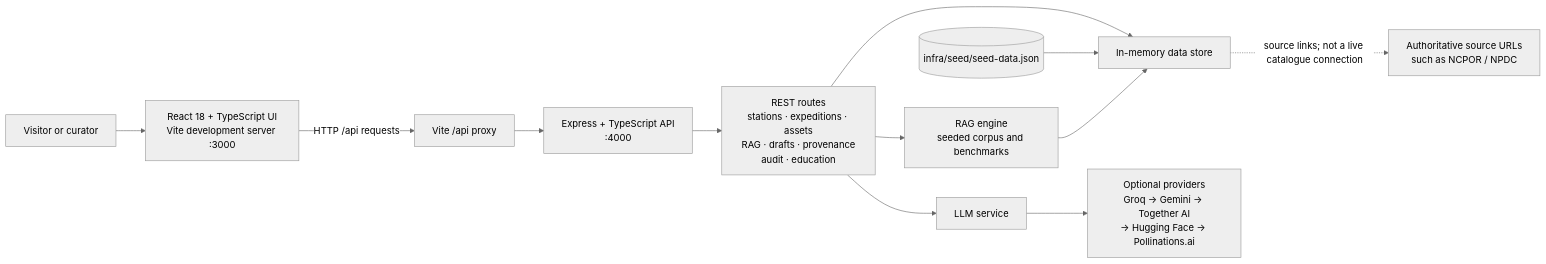
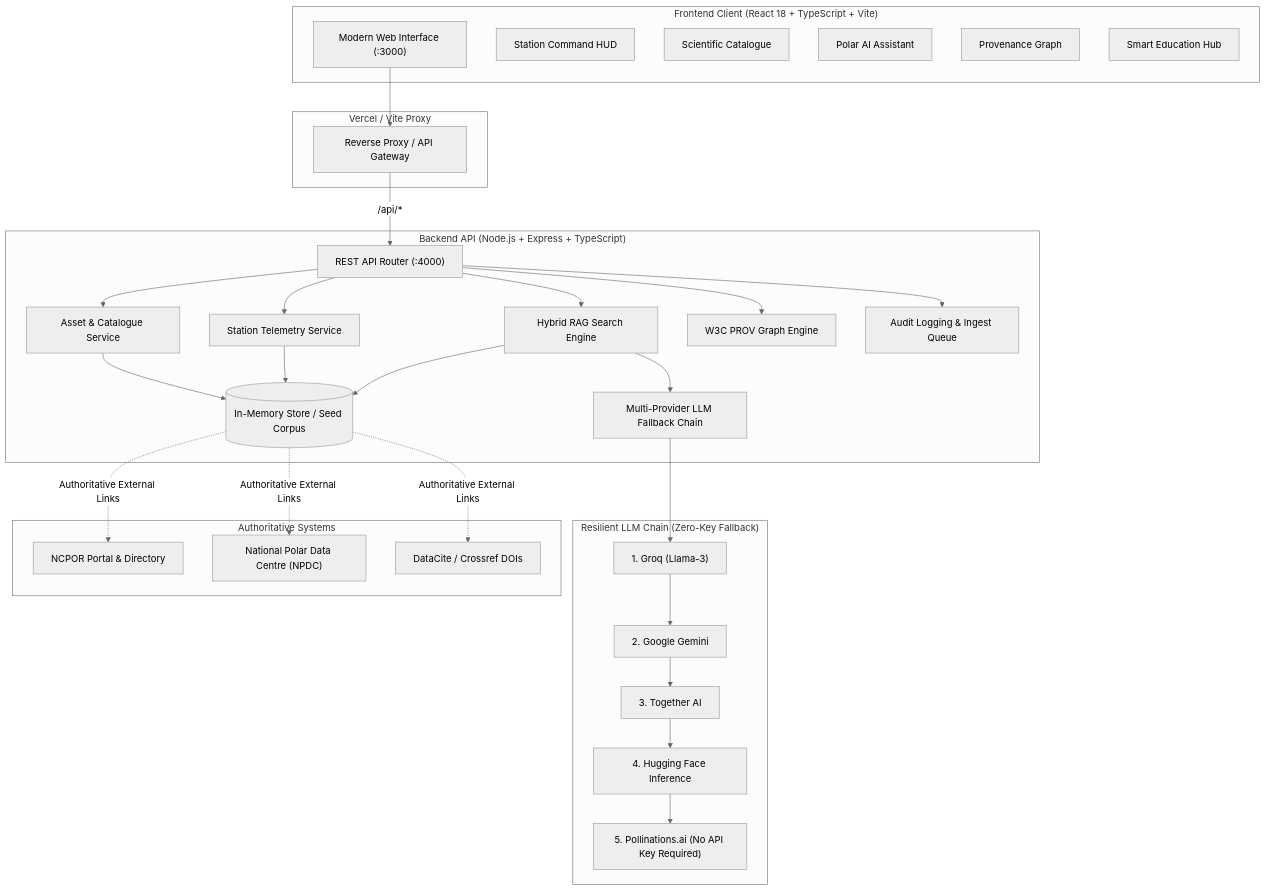
Before and after one commit to TruCoded/sih_ps_63: the diagram in README.md, drawn with Mermaid (neutral theme). The commit also changed other lines of this file and 1 other file, not shown here.

Commit message:
docs: enrich README with architecture, feature matrix, API reference, and deployment guide

````diff
--- a/README.md
+++ b/README.md
@@ -19,26 +42,50 @@
 ```mermaid
-flowchart LR
-    Visitor["Visitor or curator"]
-    Browser["React 18 + TypeScript UI<br/>Vite development server :3000"]
-    Proxy["Vite /api proxy"]
-    API["Express + TypeScript API<br/>:4000"]
-    Routes["REST routes<br/>stations · expeditions · assets<br/>RAG · drafts · provenance<br/>audit · education"]
-    Store["In-memory data store"]
-    Seed[("infra/seed/seed-data.json")]
-    RAG["RAG engine<br/>seeded corpus and benchmarks"]
-    LLM["LLM service"]
-    Providers["Optional providers<br/>Groq → Gemini → Together AI<br/>→ Hugging Face → Pollinations.ai"]
-    Sources["Authoritative source URLs<br/>such as NCPOR / NPDC"]
+flowchart TD
+    subgraph Client["Frontend Client (React 18 + TypeScript + Vite)"]
+        UI["Modern Web Interface (:3000)"]
+        HUD["Station Command HUD"]
+        Cat["Scientific Catalogue"]
+        RAGUI["Polar AI Assistant"]
+        ProvUI["Provenance Graph"]
+        Edu["Smart Education Hub"]
+    end
 
-    Visitor --> Browser
-    Browser -->|HTTP /api requests| Proxy
-    Proxy --> API
-    API --> Routes
-    Routes --> Store
-    Seed --> Store
-    Routes --> RAG
-    RAG --> Store
-    Routes --> LLM
-    LLM --> Providers
-    Store -. "source links; not a live catalogue connection" .-> Sources
+    subgraph Gateway["Vercel / Vite Proxy"]
+        Proxy["Reverse Proxy / API Gateway"]
+    end
+
+    subgraph Server["Backend API (Node.js + Express + TypeScript)"]
+        API["REST API Router (:4000)"]
+        StationSvc["Station Telemetry Service"]
+        CatalogSvc["Asset & Catalogue Service"]
+        RAGSvc["Hybrid RAG Search Engine"]
+        LLMChain["Multi-Provider LLM Fallback Chain"]
+        ProvSvc["W3C PROV Graph Engine"]
+        AuditSvc["Audit Logging & Ingest Queue"]
+        Store[("In-Memory Store / Seed Corpus")]
+    end
+
+    subgraph LLMProviders["Resilient LLM Chain (Zero-Key Fallback)"]
+        P1["1. Groq (Llama-3)"]
+        P2["2. Google Gemini"]
+        P3["3. Together AI"]
+        P4["4. Hugging Face Inference"]
+        P5["5. Pollinations.ai (No API Key Required)"]
+    end
+
+    subgraph External["Authoritative Systems"]
+        NCPOR["NCPOR Portal & Directory"]
+        NPDC["National Polar Data Centre (NPDC)"]
+        DOIs["DataCite / Crossref DOIs"]
+    end
+
+    UI --> Proxy
+    Proxy -->|/api/*| API
+    API --> StationSvc & CatalogSvc & RAGSvc & ProvSvc & AuditSvc
+    CatalogSvc --> Store
+    StationSvc --> Store
+    RAGSvc --> Store
+    RAGSvc --> LLMChain
+    LLMChain --> P1 --> P2 --> P3 --> P4 --> P5
+    Store -.->|Authoritative External Links| NCPOR & NPDC & DOIs
 ```
````
